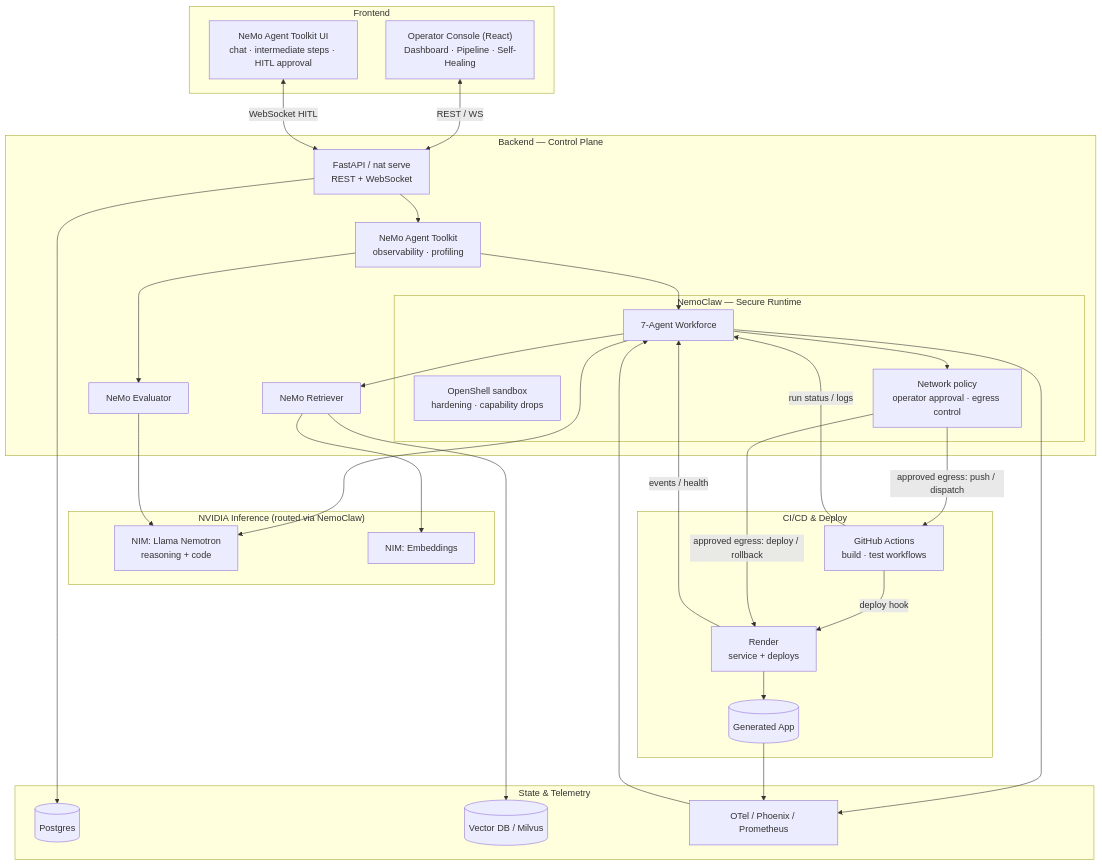
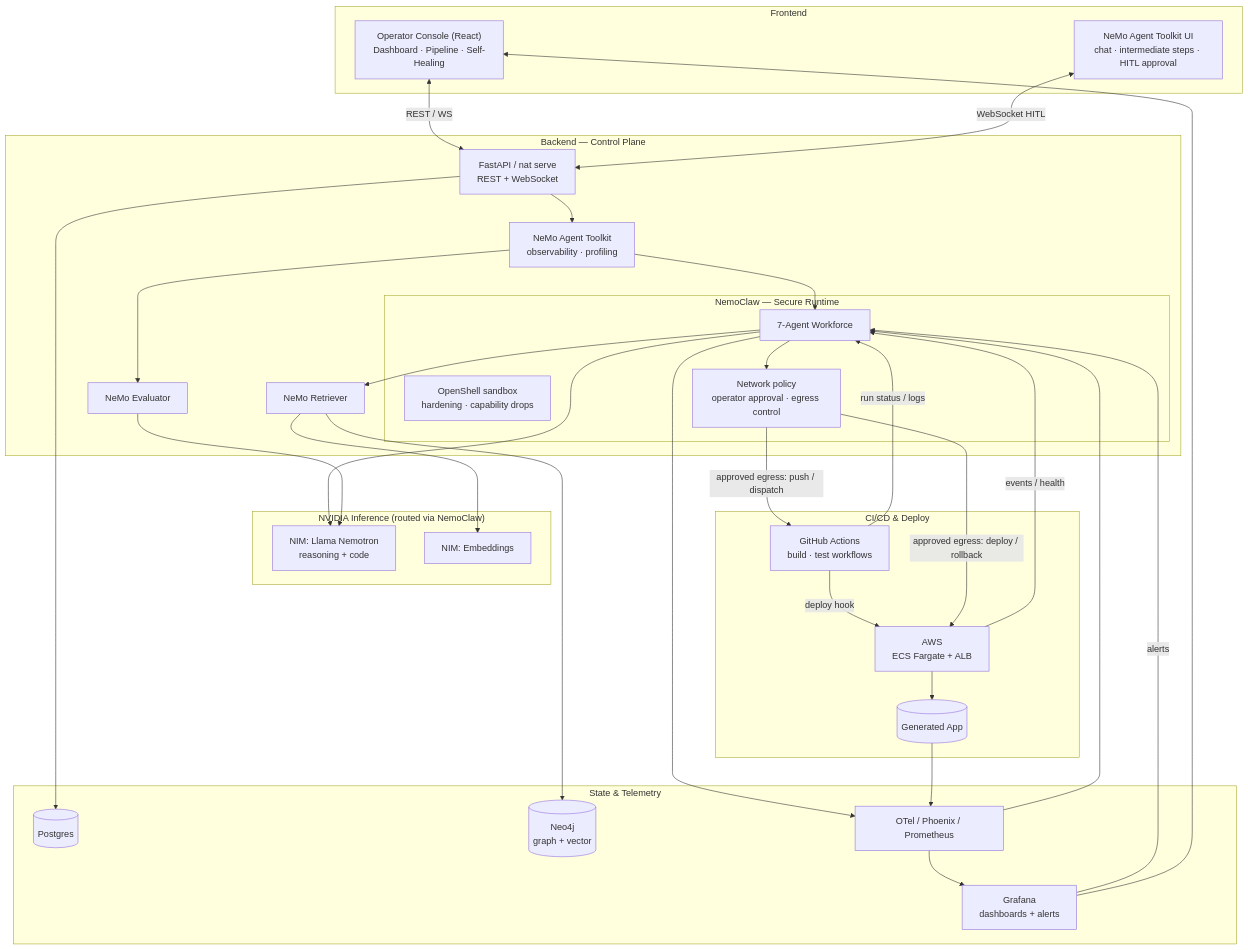
Before and after one commit to riya2025/NVIDIA-HACKATHON: the third of 6 diagrams in ARCHITECTURE.md, drawn with Mermaid. The commit also changed other lines of this file and 42 other files, not shown here.

````diff
--- a/ARCHITECTURE.md
+++ b/ARCHITECTURE.md
@@ -96,53 +96,57 @@
 ```mermaid
 flowchart TB
     subgraph FE["Frontend"]
         UI["Operator Console (React)<br/>Dashboard · Pipeline · Self-Healing"]
         NATUI["NeMo Agent Toolkit UI<br/>chat · intermediate steps · HITL approval"]
     end
 
     subgraph BE["Backend — Control Plane"]
         API["FastAPI / nat serve<br/>REST + WebSocket"]
         ORC["NeMo Agent Toolkit<br/>observability · profiling"]
         subgraph CLAW["NemoClaw — Secure Runtime"]
             SBX["OpenShell sandbox<br/>hardening · capability drops"]
             NETPOL["Network policy<br/>operator approval · egress control"]
             AGENTS["7-Agent Workforce"]
         end
         EV["NeMo Evaluator"]
         RET["NeMo Retriever"]
     end
 
     subgraph NV["NVIDIA Inference (routed via NemoClaw)"]
         NIM1["NIM: Llama Nemotron<br/>reasoning + code"]
         NIM2["NIM: Embeddings"]
     end
 
     subgraph DATA["State & Telemetry"]
         PG[("Postgres")]
-        VDB[("Vector DB / Milvus")]
+        VDB[("Neo4j<br/>graph + vector")]
         OBS["OTel / Phoenix / Prometheus"]
+        GRAF["Grafana<br/>dashboards + alerts"]
     end
 
     subgraph OPS["CI/CD & Deploy"]
         GHA["GitHub Actions<br/>build · test workflows"]
-        REND["Render<br/>service + deploys"]
+        REND["AWS<br/>ECS Fargate + ALB"]
         APP[("Generated App")]
     end
 
     UI <-->|"REST / WS"| API
     NATUI <-->|"WebSocket HITL"| API
     API --> ORC --> AGENTS
     AGENTS --> NETPOL
     AGENTS --> NIM1
     AGENTS --> RET --> NIM2
     RET --> VDB
     ORC --> EV --> NIM1
     API --> PG
     AGENTS --> OBS
     NETPOL -->|"approved egress: push / dispatch"| GHA
     GHA -->|"deploy hook"| REND --> APP
     GHA -->|"run status / logs"| AGENTS
     NETPOL -->|"approved egress: deploy / rollback"| REND
     REND -->|"events / health"| AGENTS
     APP --> OBS --> AGENTS
+    OBS --> GRAF
+    GRAF -->|"alerts"| AGENTS
+    GRAF --> UI
 ```
````
